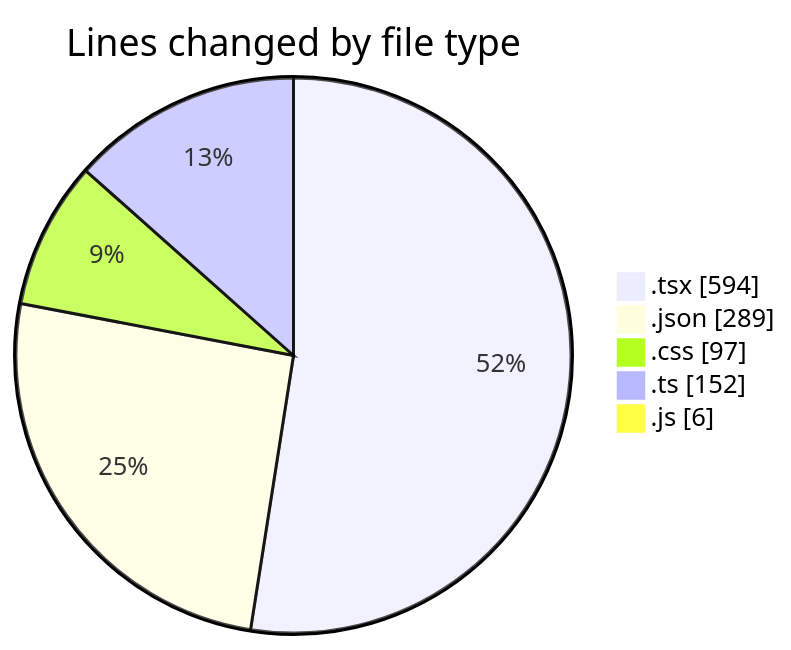
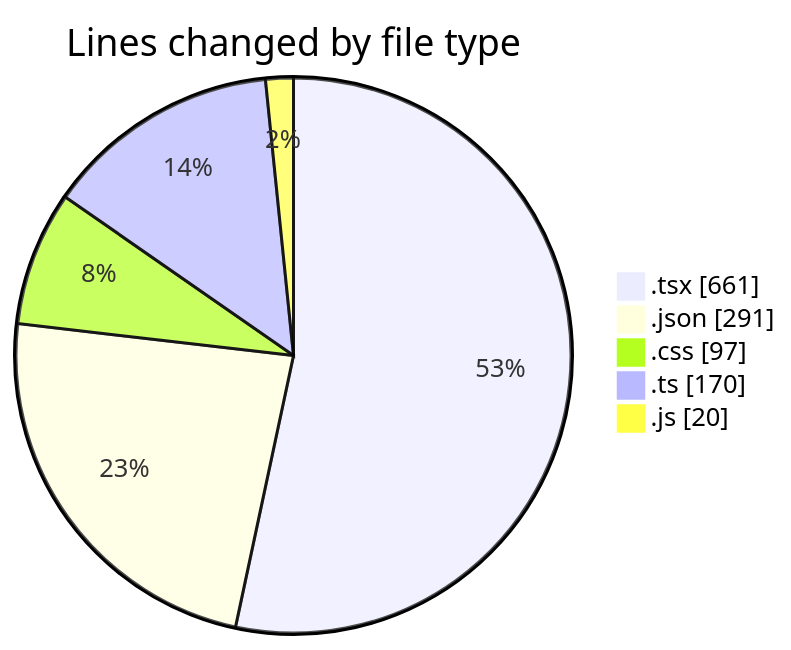
The first of 2 diagrams in 2025-05-04/niten/README.md (Elitesun/code-tracking), drawn with Mermaid before and after one commit. The commit also changed other lines of this file and 1 other file, not shown here.

````diff
--- a/2025-05-04/niten/README.md
+++ b/2025-05-04/niten/README.md
@@ -37,9 +39,9 @@
 ```mermaid
 pie showData
 title Lines changed by file type
-".tsx" : 594
-".json" : 289
+".tsx" : 661
+".json" : 291
 ".css" : 97
-".ts" : 152
-".js" : 6
+".ts" : 170
+".js" : 20
 ```
````
